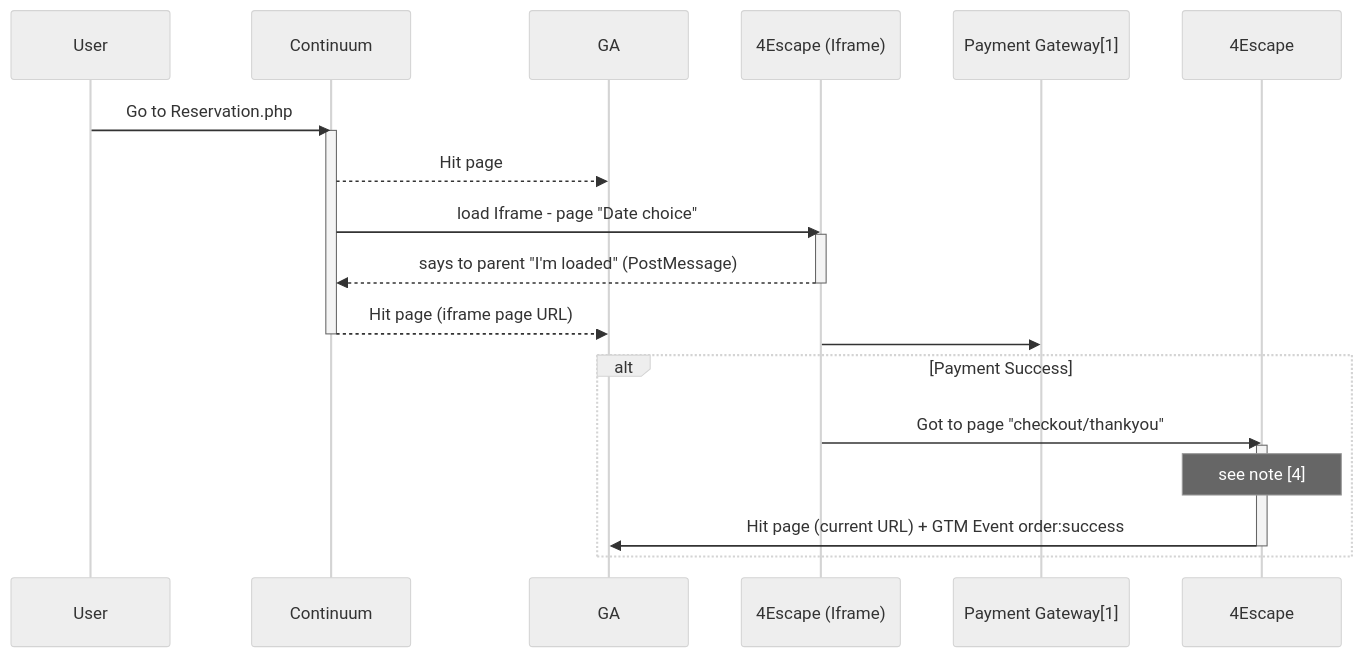
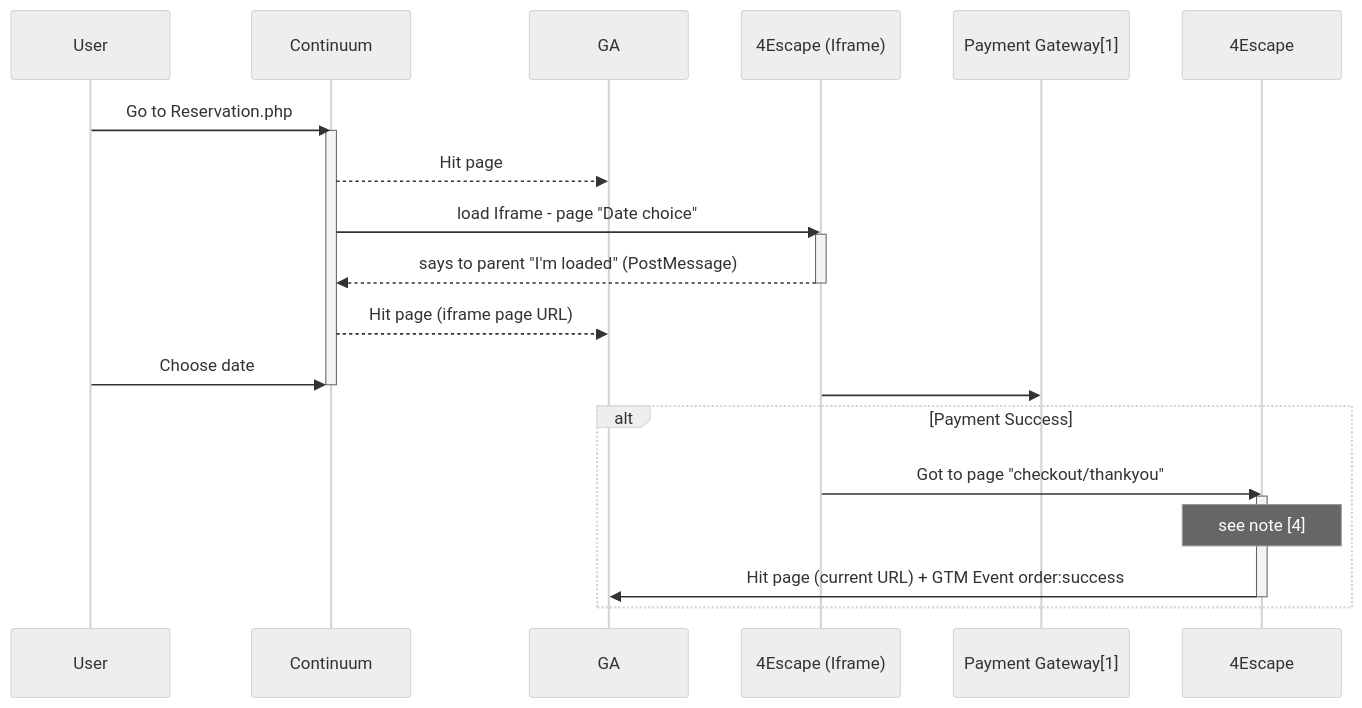
One commit to NansPellicari/stackEdit changed the diagram in doc/continuum/Sequence-session.md. Above: the diagram before and after it, drawn with Mermaid (neutral theme). The commit also changed other lines of this file, not shown here.

Commit message:
doc/continuum/Sequence-session.md updated from https://stackedit.io/

````diff
--- a/doc/continuum/Sequence-session.md
+++ b/doc/continuum/Sequence-session.md
@@ -1,21 +1,21 @@
 ```mermaid
 sequenceDiagram
 User->>Continuum: Go to Reservation.php
 activate Continuum
 Continuum-->>GA: Hit page
 Continuum->>4Escape (Iframe): load Iframe - page "Date choice"
 activate 4Escape (Iframe)
 4Escape (Iframe)-->>Continuum: says to parent "I'm loaded" (PostMessage)
 deactivate 4Escape (Iframe)
-
 Continuum-->>GA: Hit page (iframe page URL)
+User->>Continuum: Choose date
 deactivate Continuum
 4Escape (Iframe)->>Payment Gateway[1]: 
 alt Payment Success
 	4Escape (Iframe)->>4Escape: Got to page "checkout/thankyou"
 	activate 4Escape
 	Note over 4Escape: see note [4]
 	4Escape->>GA: Hit page (current URL) + GTM Event order:success
 	deactivate 4Escape
 end
 ```
````
